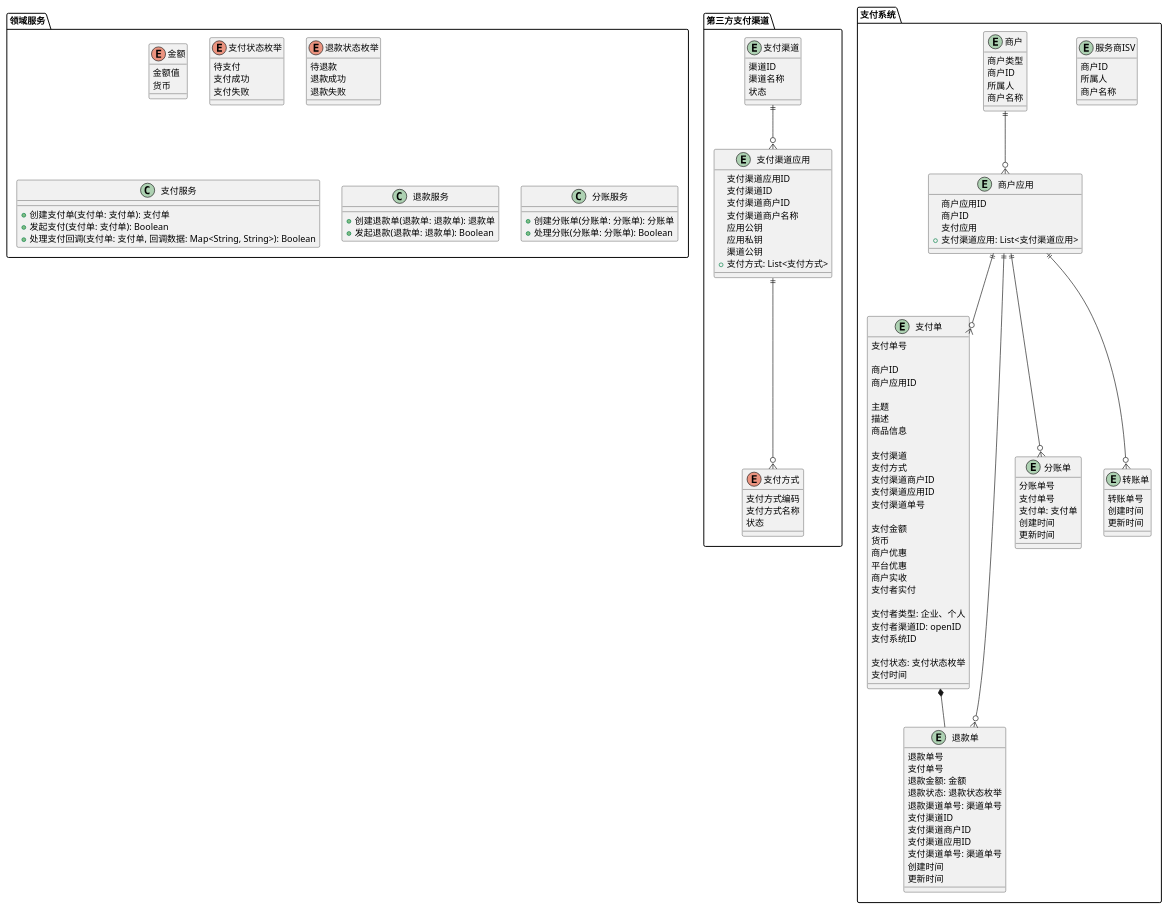
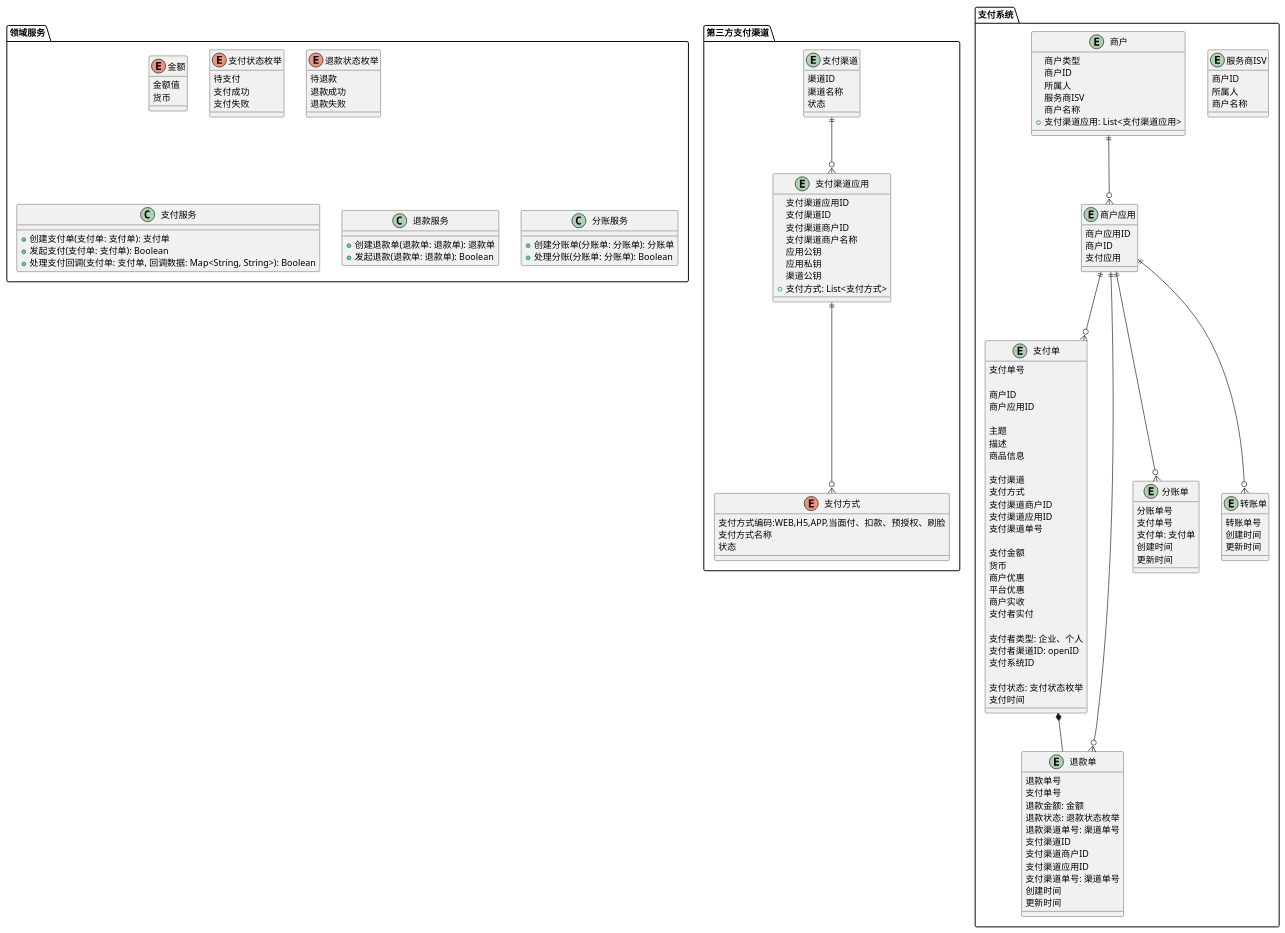
Before and after one commit to red-jasmine/payment: the diagram in 领域模型.puml, drawn with PlantUML.

Commit message:
feat(payment): 完善支付领域模型
- 为支付方式编码添加具体值：WEB、H5、APP、当面付、扣款、预授权、刷脸- 添加服务商ISV字段到支付渠道应用实体
- 调整实体之间的关系：
  - 商户实体中的支付渠道应用改为集合
  - 商户应用实体中的支付渠道应用改为单个实例- 优化领域模型图的布局

```diff
--- a/领域模型.puml
+++ b/领域模型.puml
@@ -1,164 +1,167 @@
 @startuml
 'https://plantuml.com/class-diagram
 
 package 第三方支付渠道{
     enum 支付方式{
-        支付方式编码
+        支付方式编码:WEB,H5,APP,当面付、扣款、预授权、刷脸
         支付方式名称
         状态
     }
 
     entity 支付渠道{
         渠道ID
         渠道名称
         状态
     }
+
 
     entity 支付渠道应用{
         支付渠道应用ID
         支付渠道ID
         支付渠道商户ID
         支付渠道商户名称
         应用公钥
         应用私钥
         渠道公钥
         +支付方式: List<支付方式>
     }
 }
 
 package 支付系统{
    entity 服务商ISV{
         商户ID
         所属人
         商户名称
     }
 
     entity 商户{
         商户类型
         商户ID
         所属人
+        服务商ISV
         商户名称
+        +支付渠道应用: List<支付渠道应用>
     }
 
     entity 商户应用{
         商户应用ID
         商户ID
         支付应用
-        +支付渠道应用: List<支付渠道应用>
+
     }
 
     entity 支付单{
         支付单号
 
         '商户
         商户ID
         商户应用ID
 
         主题
         描述
         商品信息
 
         '支付渠道
         支付渠道
         支付方式
         支付渠道商户ID
         支付渠道应用ID
         支付渠道单号
 
         ' 金额
         支付金额
         货币
         商户优惠
         平台优惠
         商户实收
         支付者实付
 
         ' 支付者
         支付者类型: 企业、个人
         支付者渠道ID: openID
         支付系统ID
 
         支付状态: 支付状态枚举
         支付时间
 
     }
 
     entity 退款单{
         退款单号
         支付单号
         退款金额: 金额
         退款状态: 退款状态枚举
         退款渠道单号: 渠道单号
         支付渠道ID
         支付渠道商户ID
         支付渠道应用ID
         支付渠道单号: 渠道单号
         创建时间
         更新时间
     }
 
     entity 分账单{
         分账单号
         支付单号
         支付单: 支付单
         创建时间
         更新时间
     }
 
     entity 转账单{
         转账单号
         创建时间
         更新时间
     }
 
     商户应用 ||--o{ 支付单
     商户应用 ||--o{ 转账单
     商户应用 ||--o{ 退款单
     商户应用 ||--o{ 分账单
 
     支付单 *-- 退款单
 
     商户 ||--o{ 商户应用
 
     支付渠道 ||--o{ 支付渠道应用
 
     支付渠道应用 ||--o{ 支付方式
 }
 
 package 领域服务{
 
     enum 金额 {
         金额值
         货币
     }
 
 
     enum 支付状态枚举 {
         待支付
         支付成功
         支付失败
     }
 
     enum 退款状态枚举 {
         待退款
         退款成功
         退款失败
     }
 
     class 支付服务 {
         +创建支付单(支付单: 支付单): 支付单
         +发起支付(支付单: 支付单): Boolean
         +处理支付回调(支付单: 支付单, 回调数据: Map<String, String>): Boolean
     }
 
     class 退款服务 {
         +创建退款单(退款单: 退款单): 退款单
         +发起退款(退款单: 退款单): Boolean
     }
 
     class 分账服务 {
         +创建分账单(分账单: 分账单): 分账单
         +处理分账(分账单: 分账单): Boolean
     }
 }
 @enduml
```
